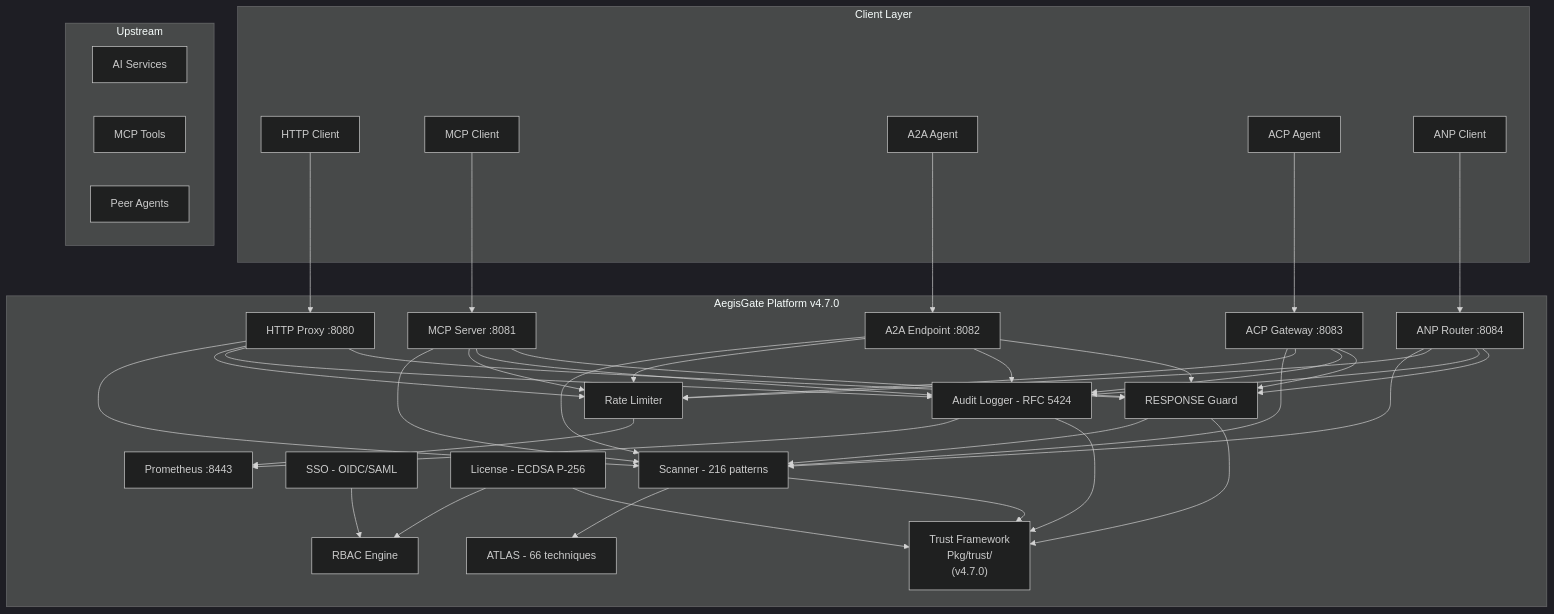
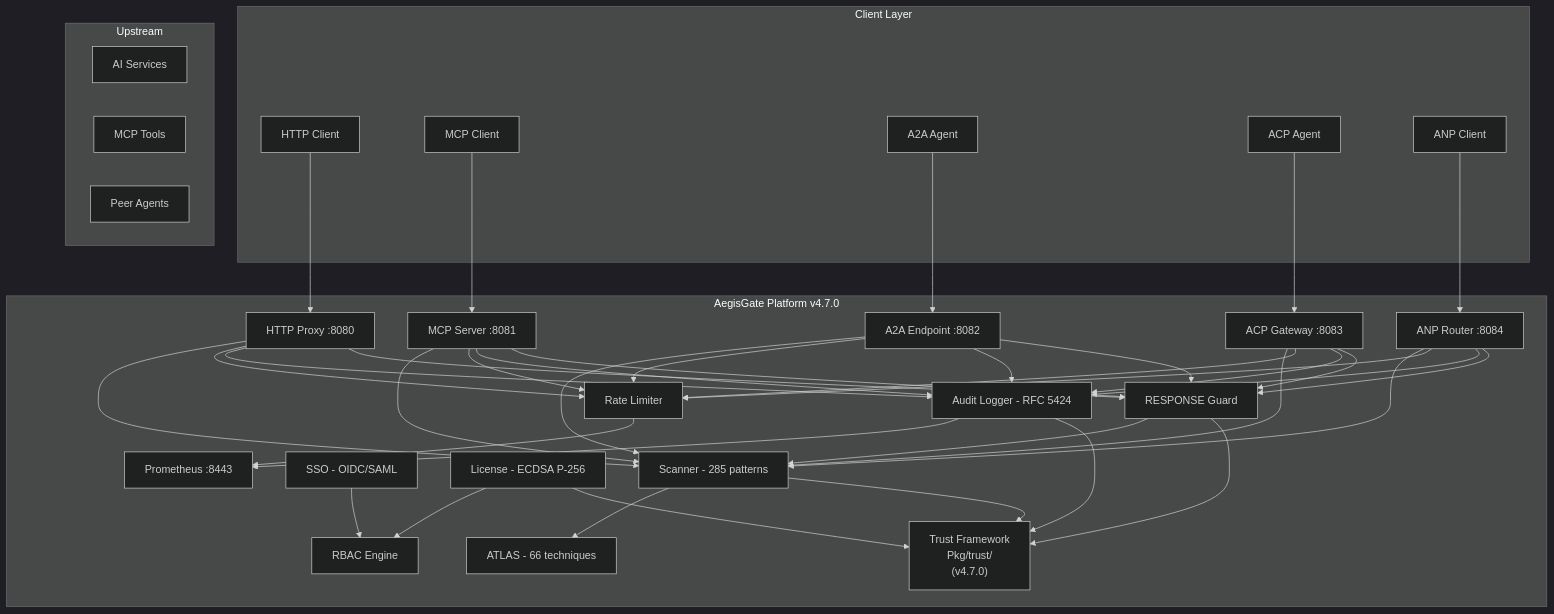
The diagram in content/tech.md (aegisgatesecurity/aegisgate-site), drawn with Mermaid (dark theme) before and after one commit. The commit also changed other lines of this file and 30 other files, not shown here.

```diff
--- a/content/tech.md
+++ b/content/tech.md
@@ -12,61 +12,61 @@
 {{< mermaid >}}
 flowchart TB
     subgraph Client["Client Layer"]
         A["HTTP Client"]
         B["MCP Client"]
         C["A2A Agent"]
         D["ACP Agent"]
         E["ANP Client"]
     end
 
     subgraph AegisGate["AegisGate Platform v4.7.0"]
         G["HTTP Proxy :8080"]
         H["MCP Server :8081"]
         I["A2A Endpoint :8082"]
         J["ACP Gateway :8083"]
         K["ANP Router :8084"]
         L["RESPONSE Guard"]
         TR["Trust Framework\nPkg/trust/\n(v4.7.0)"]
 
-        M["Scanner - 216 patterns"]
+        M["Scanner - 285 patterns"]
         N["ATLAS - 66 techniques"]
         O["Rate Limiter"]
         P["Audit Logger - RFC 5424"]
 
         Q["SSO - OIDC/SAML"]
         R["RBAC Engine"]
         S["License - ECDSA P-256"]
 
         T["Prometheus :8443"]
     end
 
     subgraph Upstream["Upstream"]
         U["AI Services"]
         V["MCP Tools"]
         W["Peer Agents"]
     end
 
     A --> G
     B --> H
     C --> I
     D --> J
     E --> K
 
     G --> M & O & P & L
     H --> M & O & P & L
     I --> M & O & P & L
     J --> M & O & P & L
     K --> M & O & P & L
 
     M --> N
     L --> M
     O --> T
     P --> T
     Q --> R
     S --> R
 
     M --> TR
     L --> TR
     P --> TR
     S --> TR
 {{< /mermaid >}}
```
